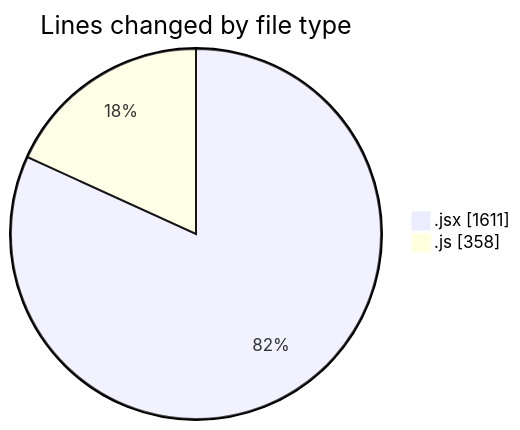
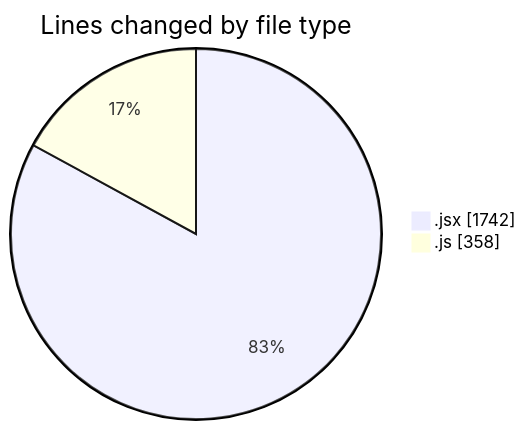
The first of 2 diagrams in 2025-07-21/nxtqube_webapp/README.md (nxtqubesakshisongat/code-tracking), drawn with Mermaid before and after one commit. The commit also changed other lines of this file and 1 other file, not shown here.

````diff
--- a/2025-07-21/nxtqube_webapp/README.md
+++ b/2025-07-21/nxtqube_webapp/README.md
@@ -23,6 +23,6 @@
 ```mermaid
 pie showData
 title Lines changed by file type
-".jsx" : 1611
+".jsx" : 1742
 ".js" : 358
 ```
````
